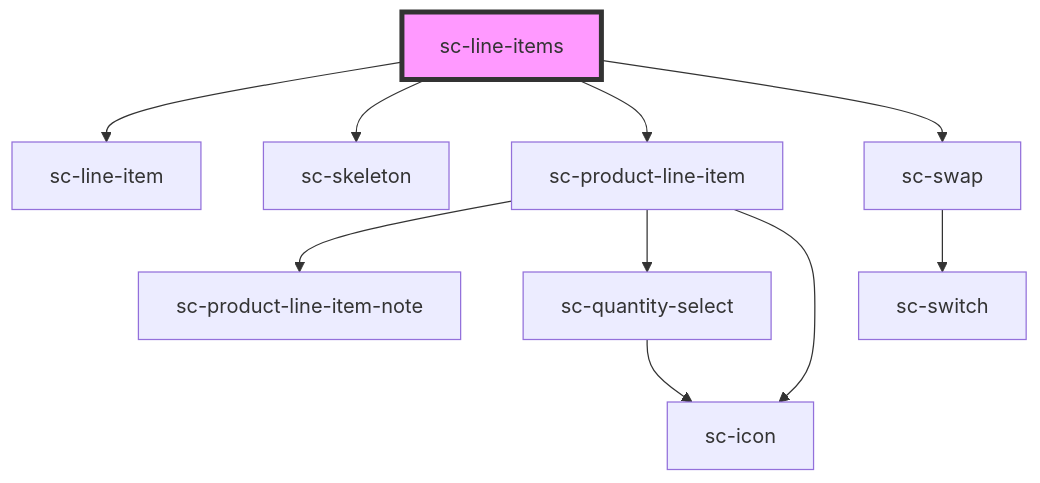
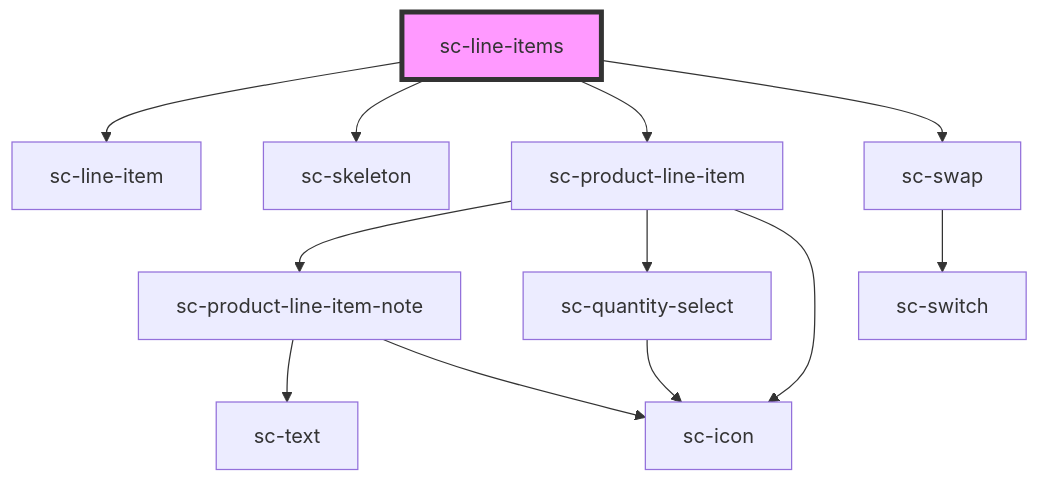
The diagram in packages/components/src/components/controllers/checkout-form/line-items/readme.md (surecart/surecart-wp-plugin), drawn with Mermaid before and after one commit. The commit also changed 16 other files, not shown here.

Commit message:
refactor: updated product line item note ui and basic functionalities

````diff
--- a/packages/components/src/components/controllers/checkout-form/line-items/readme.md
+++ b/packages/components/src/components/controllers/checkout-form/line-items/readme.md
@@ -49,13 +49,15 @@
 ```mermaid
 graph TD;
   sc-line-items --> sc-line-item
   sc-line-items --> sc-skeleton
   sc-line-items --> sc-product-line-item
   sc-line-items --> sc-swap
   sc-product-line-item --> sc-product-line-item-note
   sc-product-line-item --> sc-quantity-select
   sc-product-line-item --> sc-icon
+  sc-product-line-item-note --> sc-text
+  sc-product-line-item-note --> sc-icon
   sc-quantity-select --> sc-icon
   sc-swap --> sc-switch
   style sc-line-items fill:#f9f,stroke:#333,stroke-width:4px
 ```
````
